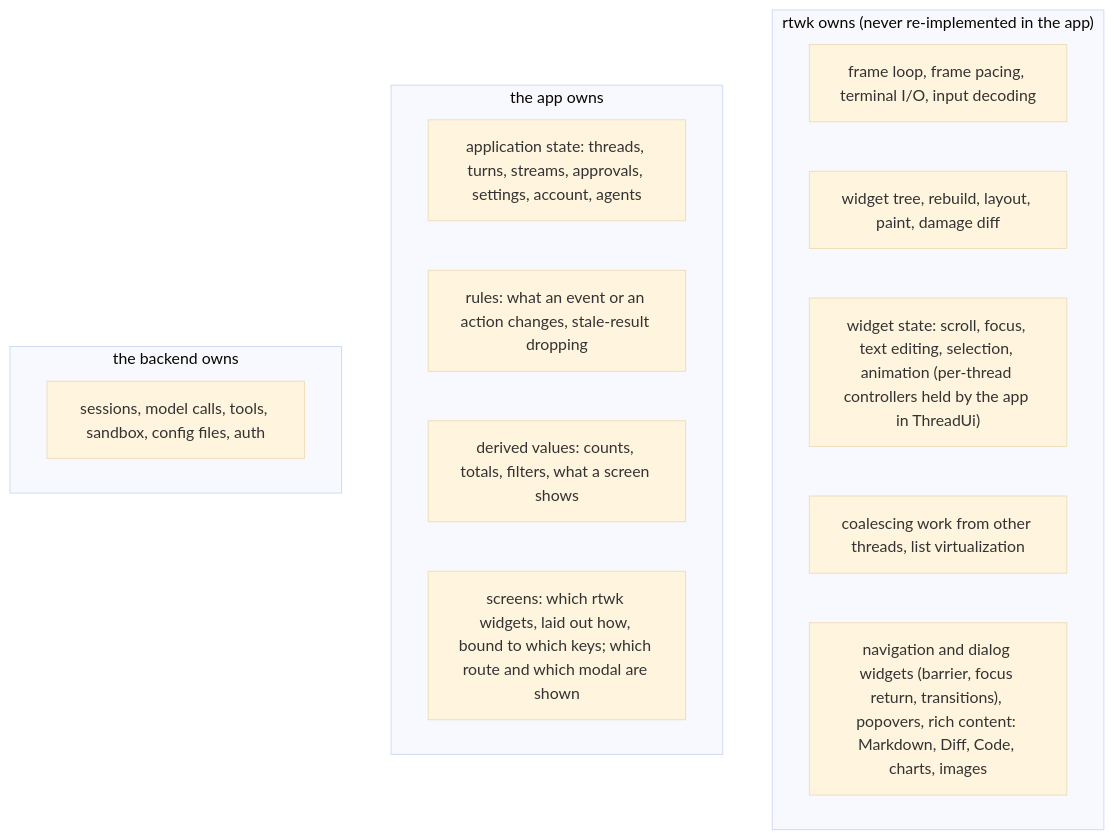
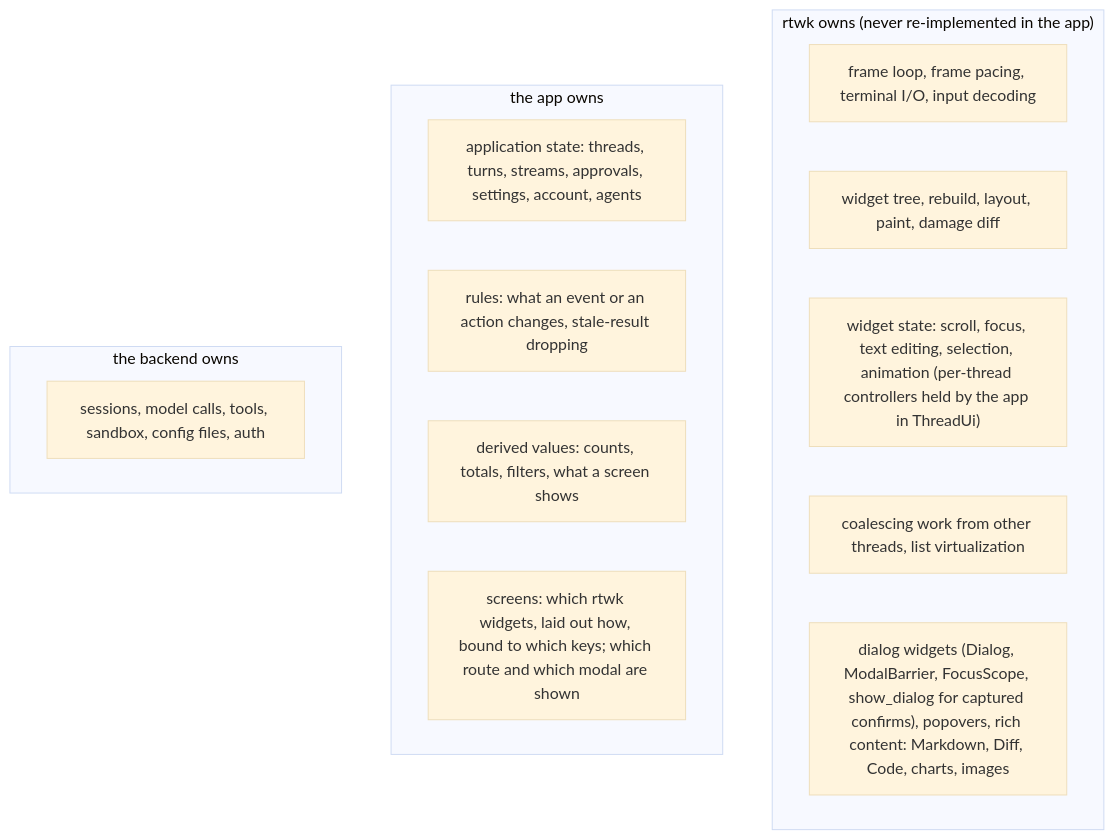
The second of 11 diagrams in docs/rtwk-port/design.md (Maryarty/CodexCLI), drawn with Mermaid (base theme) before and after one commit. The commit also changed other lines of this file and 3 other files, not shown here.

````diff
--- a/docs/rtwk-port/design.md
+++ b/docs/rtwk-port/design.md
@@ -41,19 +41,19 @@
 ```mermaid
 flowchart TB
   subgraph R["rtwk owns (never re-implemented in the app)"]
     r1["frame loop, frame pacing, terminal I/O, input decoding"]
     r2["widget tree, rebuild, layout, paint, damage diff"]
     r3["widget state: scroll, focus, text editing, selection, animation (per-thread controllers held by the app in ThreadUi)"]
     r4["coalescing work from other threads, list virtualization"]
-    r5["navigation and dialog widgets (barrier, focus return, transitions), popovers, rich content: Markdown, Diff, Code, charts, images"]
+    r5["dialog widgets (Dialog, ModalBarrier, FocusScope, show_dialog for captured confirms), popovers, rich content: Markdown, Diff, Code, charts, images"]
   end
   subgraph A["the app owns"]
     a1["application state: threads, turns, streams, approvals, settings, account, agents"]
     a2["rules: what an event or an action changes, stale-result dropping"]
     a3["derived values: counts, totals, filters, what a screen shows"]
     a4["screens: which rtwk widgets, laid out how, bound to which keys; which route and which modal are shown"]
   end
   subgraph B["the backend owns"]
     b1["sessions, model calls, tools, sandbox, config files, auth"]
   end
 ```
````
